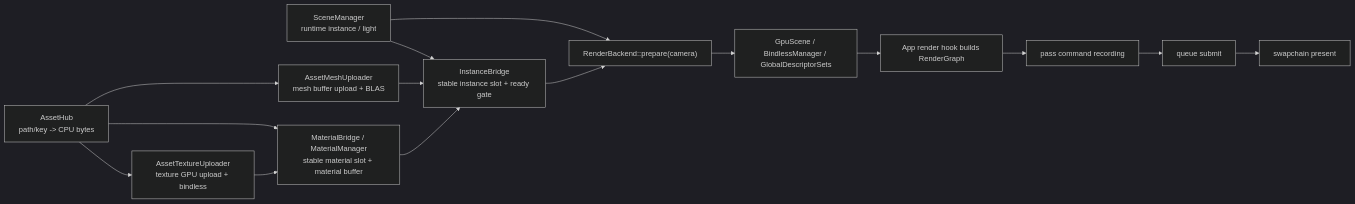
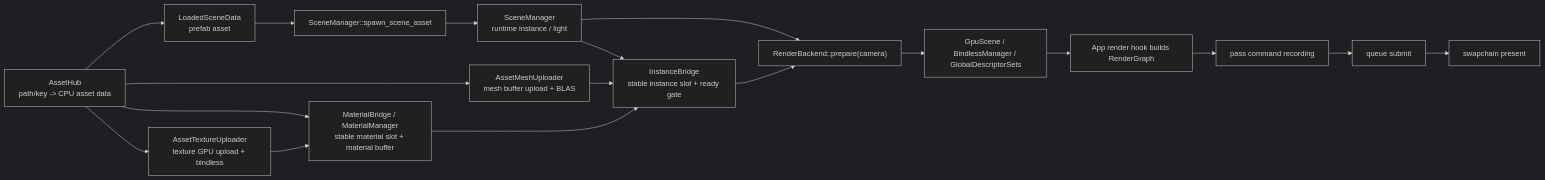
The fifth of 6 diagrams in ARCHITECTURE.md (acccoco/TruvisRenderer), drawn with Mermaid (dark theme) before and after one commit. The commit also changed other lines of this file and 18 other files, not shown here.

````diff
--- a/ARCHITECTURE.md
+++ b/ARCHITECTURE.md
@@ -173,17 +175,20 @@
 ```mermaid
 flowchart LR
-    AssetHub["AssetHub<br/>path/key -> CPU bytes"] --> TextureUploader["AssetTextureUploader<br/>texture GPU upload + bindless"]
+    AssetHub["AssetHub<br/>path/key -> CPU asset data"] --> TextureUploader["AssetTextureUploader<br/>texture GPU upload + bindless"]
     AssetHub --> MeshUploader["AssetMeshUploader<br/>mesh buffer upload + BLAS"]
     AssetHub --> MaterialBridge["MaterialBridge / MaterialManager<br/>stable material slot + material buffer"]
-    Scene["SceneManager<br/>runtime instance / light"] --> InstanceBridge["InstanceBridge<br/>stable instance slot + ready gate"]
+    AssetHub --> SceneAsset["LoadedSceneData<br/>prefab asset"]
+    SceneAsset --> SceneSpawner["SceneManager::spawn_scene_asset"]
+    SceneSpawner --> Scene["SceneManager<br/>runtime instance / light"]
+    Scene --> InstanceBridge["InstanceBridge<br/>stable instance slot + ready gate"]
     TextureUploader --> MaterialBridge
     MeshUploader --> InstanceBridge
     Scene --> Prepare["RenderBackend::prepare(camera)"]
     MaterialBridge --> InstanceBridge
     InstanceBridge --> Prepare
     Prepare --> GpuResources["GpuScene / BindlessManager / GlobalDescriptorSets"]
     GpuResources --> BuildGraph["App render hook builds RenderGraph"]
     BuildGraph --> RecordCommands["pass command recording"]
     RecordCommands --> Submit["queue submit"]
     Submit --> Present["swapchain present"]
 ```
````
